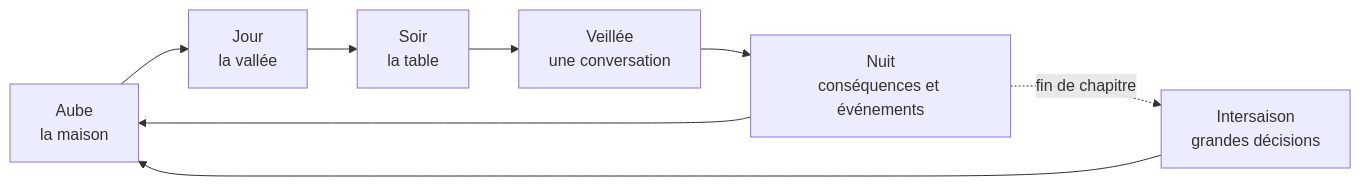
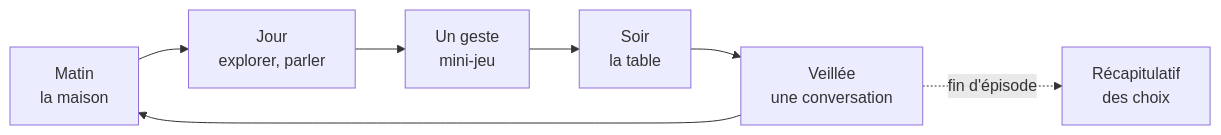
Before and after one commit to rasheedhitchcock/As-Long-as-We-re-Here: the diagram in docs/GDD.md, drawn with Mermaid. The commit also changed other lines of this file and 35 other files, not shown here.

````diff
--- a/docs/GDD.md
+++ b/docs/GDD.md
@@ -192,10 +191,9 @@
 ```mermaid
 flowchart LR
-    A["Aube<br/>la maison"] --> B["Jour<br/>la vallée"]
-    B --> C["Soir<br/>la table"]
-    C --> D["Veillée<br/>une conversation"]
-    D --> E["Nuit<br/>conséquences et événements"]
+    A["Matin<br/>la maison"] --> B["Jour<br/>explorer, parler"]
+    B --> C["Un geste<br/>mini-jeu"]
+    C --> D["Soir<br/>la table"]
+    D --> E["Veillée<br/>une conversation"]
     E --> A
-    E -. fin de chapitre .-> F["Intersaison<br/>grandes décisions"]
-    F --> A
+    E -. fin d'épisode .-> F["Récapitulatif<br/>des choix"]
 ```
````
